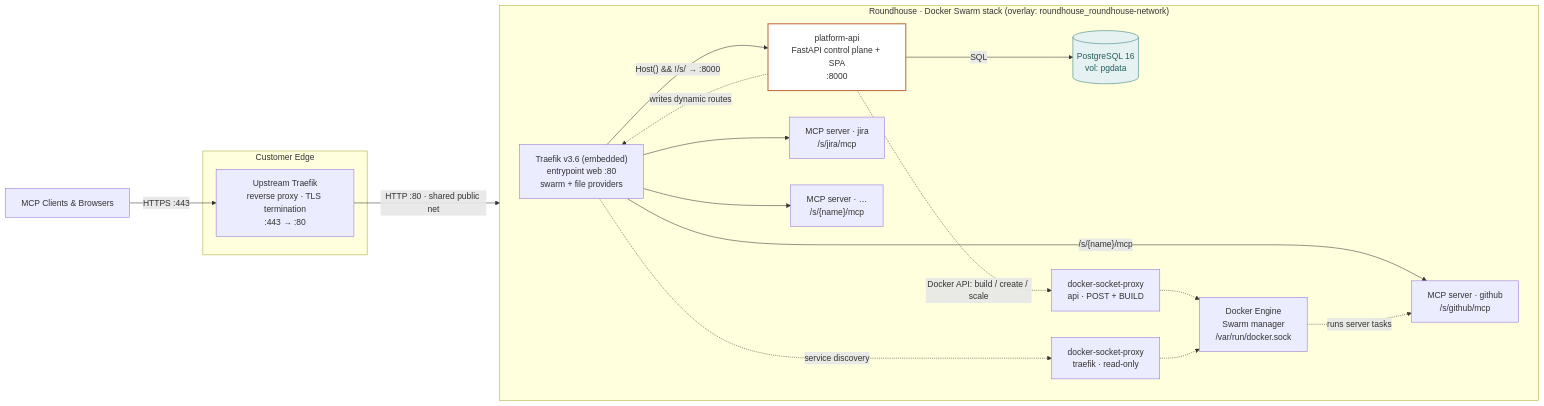
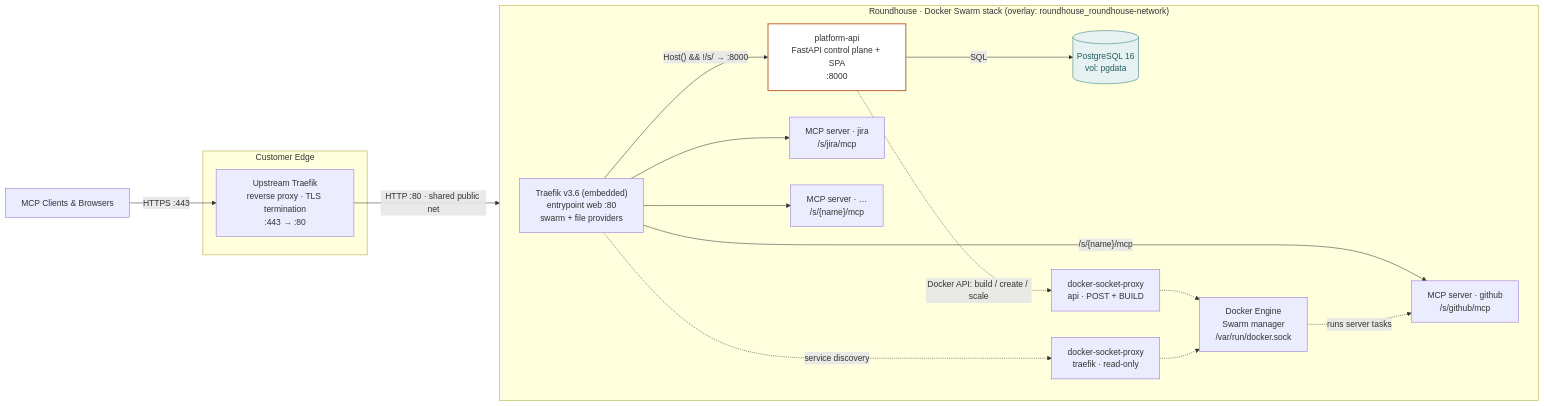
The diagram in docs/roundhouse-architecture.md (Karmatek-Consulting-LLC/roundhouse), drawn with Mermaid before and after one commit. The commit also changed other lines of this file and 1 other file, not shown here.

First line of the commit message:
Fix flow step 6: routing is via service labels, not a shared volume

````diff
--- a/docs/roundhouse-architecture.md
+++ b/docs/roundhouse-architecture.md
@@ -6,43 +6,42 @@
 ```mermaid
 flowchart LR
   client["MCP Clients & Browsers"]
 
   subgraph edge["Customer Edge"]
     ctraefik["Upstream Traefik<br/>reverse proxy · TLS termination<br/>:443 → :80"]
   end
 
   subgraph stack["Roundhouse · Docker Swarm stack (overlay: roundhouse_roundhouse-network)"]
     direction LR
     etraefik["Traefik v3.6 (embedded)<br/>entrypoint web :80<br/>swarm + file providers"]
     api["platform-api<br/>FastAPI control plane + SPA<br/>:8000"]
     pg[("PostgreSQL 16<br/>vol: pgdata")]
     spt["docker-socket-proxy<br/>traefik · read-only"]
     spa["docker-socket-proxy<br/>api · POST + BUILD"]
     engine["Docker Engine<br/>Swarm manager<br/>/var/run/docker.sock"]
     mcp1["MCP server · github<br/>/s/github/mcp"]
     mcp2["MCP server · jira<br/>/s/jira/mcp"]
     mcp3["MCP server · …<br/>/s/{name}/mcp"]
   end
 
   %% data plane (requests)
   client -- "HTTPS :443" --> ctraefik
   ctraefik -- "HTTP :80 · shared public net" --> etraefik
   etraefik -- "Host() && !/s/ → :8000" --> api
   etraefik -- "/s/{name}/mcp" --> mcp1
   etraefik --> mcp2
   etraefik --> mcp3
   api -- "SQL" --> pg
 
   %% control plane (management)
   etraefik -. "service discovery" .-> spt
   api -. "Docker API: build / create / scale" .-> spa
   spa -.-> engine
   spt -.-> engine
   engine -. "runs server tasks" .-> mcp1
-  api -. "writes dynamic routes" .-> etraefik
 
   classDef cp fill:#fff,stroke:#c2703d,stroke-width:2px;
   classDef db fill:#e6f2f2,stroke:#2f7a7a,color:#235e5e;
   class api cp;
   class pg db;
 ```
````
